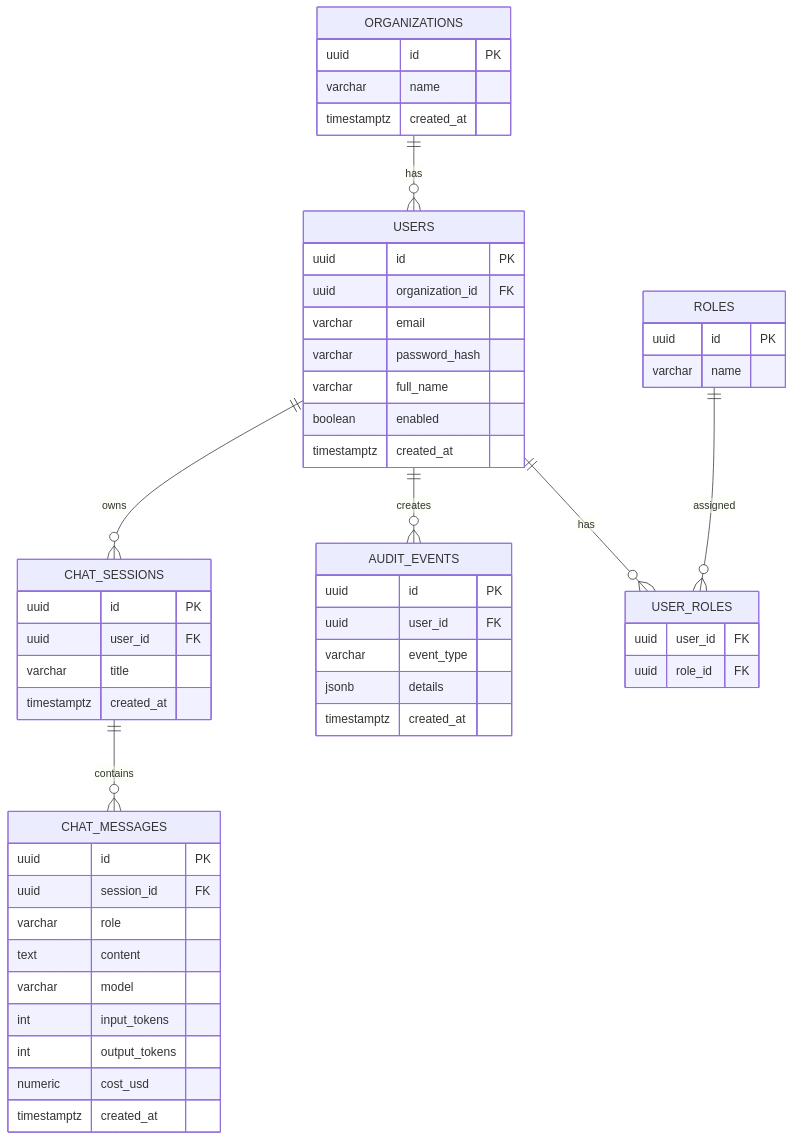
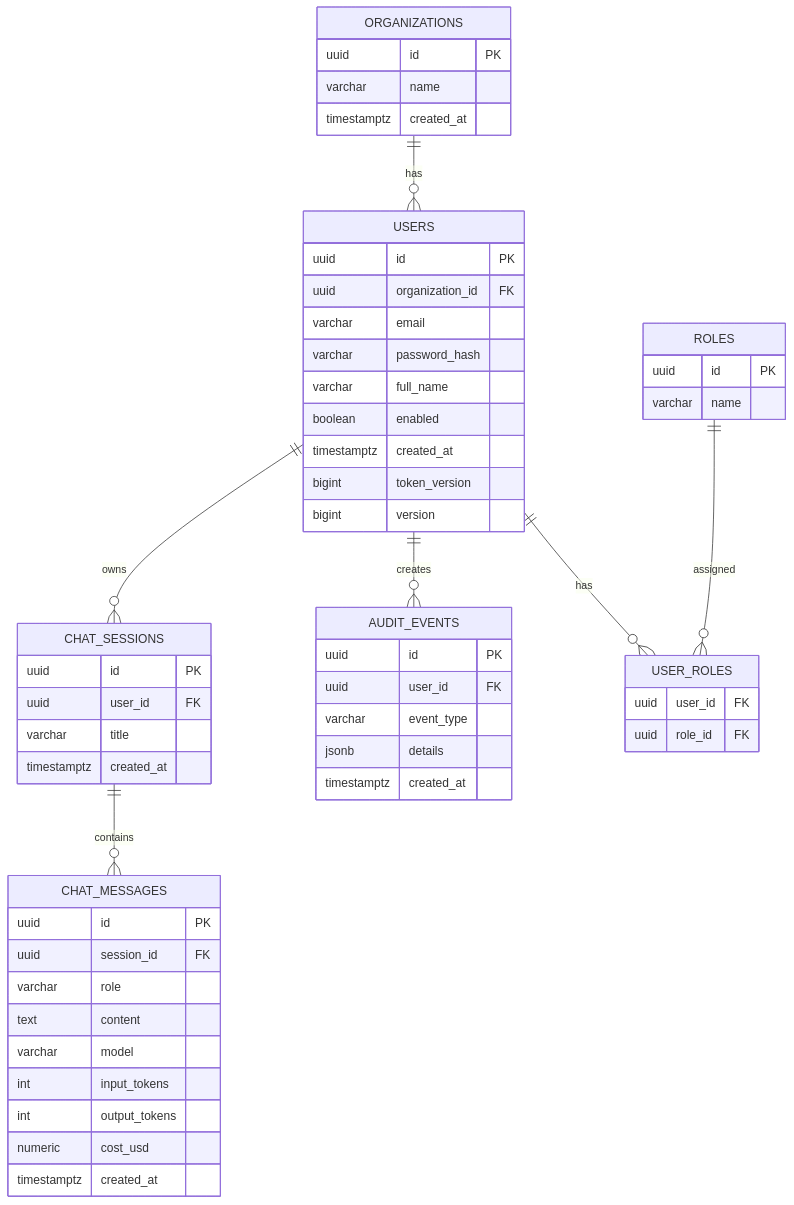
Before and after one commit to Amid-1/Safeai-desk: the sixth of 6 diagrams in README.md, drawn with Mermaid. The commit also changed other lines of this file and 83 other files, not shown here.

````diff
--- a/README.md
+++ b/README.md
@@ -440,62 +689,64 @@
 ```mermaid
 erDiagram
     ORGANIZATIONS ||--o{ USERS : has
     USERS ||--o{ CHAT_SESSIONS : owns
     CHAT_SESSIONS ||--o{ CHAT_MESSAGES : contains
     USERS ||--o{ AUDIT_EVENTS : creates
     USERS ||--o{ USER_ROLES : has
     ROLES ||--o{ USER_ROLES : assigned
 
     ORGANIZATIONS {
         uuid id PK
         varchar name
         timestamptz created_at
     }
 
     USERS {
         uuid id PK
         uuid organization_id FK
         varchar email
         varchar password_hash
         varchar full_name
         boolean enabled
         timestamptz created_at
+        bigint token_version
+        bigint version
     }
 
     ROLES {
         uuid id PK
         varchar name
     }
 
     USER_ROLES {
         uuid user_id FK
         uuid role_id FK
     }
 
     CHAT_SESSIONS {
         uuid id PK
         uuid user_id FK
         varchar title
         timestamptz created_at
     }
 
     CHAT_MESSAGES {
         uuid id PK
         uuid session_id FK
         varchar role
         text content
         varchar model
         int input_tokens
         int output_tokens
         numeric cost_usd
         timestamptz created_at
     }
 
     AUDIT_EVENTS {
         uuid id PK
         uuid user_id FK
         varchar event_type
         jsonb details
         timestamptz created_at
     }
 ```
````
